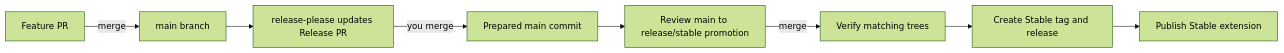
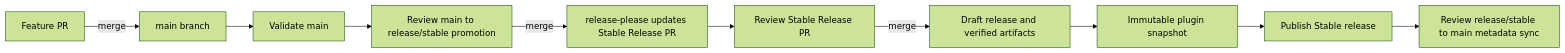
The first of 2 diagrams in docs/contributing/release-process.md (microsoft/hve-core), drawn with Mermaid (forest theme) before and after one commit. The commit also changed other lines of this file and 31 other files, not shown here.

First line of the commit message:
feat(workflows): centralize release orchestration and plugin snapshots

````diff
--- a/docs/contributing/release-process.md
+++ b/docs/contributing/release-process.md
@@ -16,10 +16,12 @@
 ```mermaid
 flowchart LR
     A[Feature PR] -->|merge| B[main branch]
-    B --> C[release-please updates Release PR]
-    C -->|you merge| D[Prepared main commit]
-    D --> E[Review main to release/stable promotion]
-    E -->|merge| F[Verify matching trees]
-    F --> G[Create Stable tag and release]
-    G --> H[Publish Stable extension]
+    B --> C[Validate main]
+    C --> D[Review main to release/stable promotion]
+    D -->|merge| E[release-please updates Stable Release PR]
+    E --> F[Review Stable Release PR]
+    F -->|merge| G[Draft release and verified artifacts]
+    G --> H[Immutable plugin snapshot]
+    H --> I[Publish Stable release]
+    I --> J[Review release/stable to main metadata sync]
 ```
````
